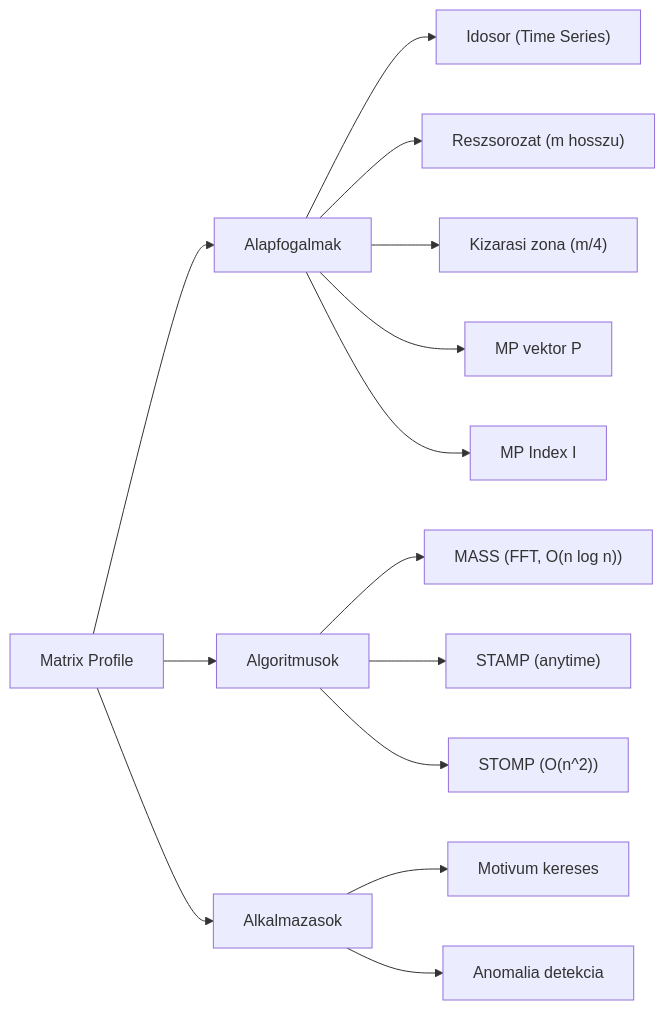
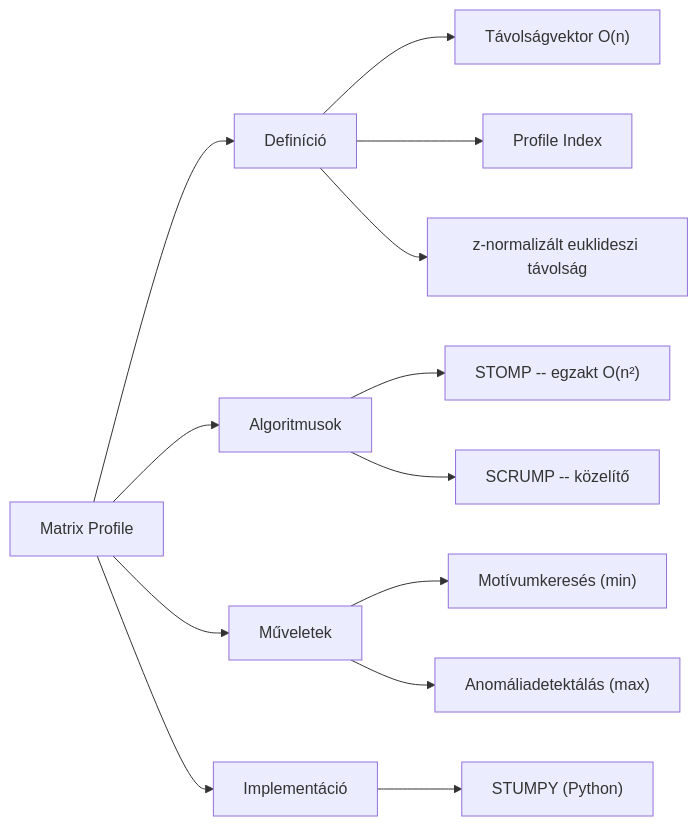
The diagram in haromhetes_teszt/1_matrixprofil/bsc/1_Mindmap.md (InutilemMachina/claude_play), drawn with Mermaid before and after one commit. The commit also changed other lines of this file and 32 other files, not shown here.

````diff
--- a/haromhetes_teszt/1_matrixprofil/bsc/1_Mindmap.md
+++ b/haromhetes_teszt/1_matrixprofil/bsc/1_Mindmap.md
@@ -12,17 +12,16 @@
 ```mermaid
 flowchart LR
   MP["Matrix Profile"]
-  MP --> ALAP["Alapfogalmak"]
-  ALAP --> TS["Idosor (Time Series)"]
-  ALAP --> SUB["Reszsorozat (m hosszu)"]
-  ALAP --> EZ["Kizarasi zona (m/4)"]
-  ALAP --> PV["MP vektor P"]
-  ALAP --> IV["MP Index I"]
+  MP --> DEF["Definíció"]
+  DEF --> VECT["Távolságvektor O(n)"]
+  DEF --> IDX["Profile Index"]
+  DEF --> ZNORM["z-normalizált euklideszi távolság"]
   MP --> ALGO["Algoritmusok"]
-  ALGO --> MASS["MASS (FFT, O(n log n))"]
-  ALGO --> STAMP["STAMP (anytime)"]
-  ALGO --> STOMP["STOMP (O(n^2))"]
-  MP --> APP["Alkalmazasok"]
-  APP --> MOTIF["Motivum kereses"]
-  APP --> DISCORD["Anomalia detekcia"]
+  ALGO --> STOMP["STOMP -- egzakt O(n²)"]
+  ALGO --> SCRUMP["SCRUMP -- közelítő"]
+  MP --> MUVELET["Műveletek"]
+  MUVELET --> MOTIV["Motívumkeresés (min)"]
+  MUVELET --> ANOM["Anomáliadetektálás (max)"]
+  MP --> IMPL["Implementáció"]
+  IMPL --> STUMPY["STUMPY (Python)"]
 ```
````
